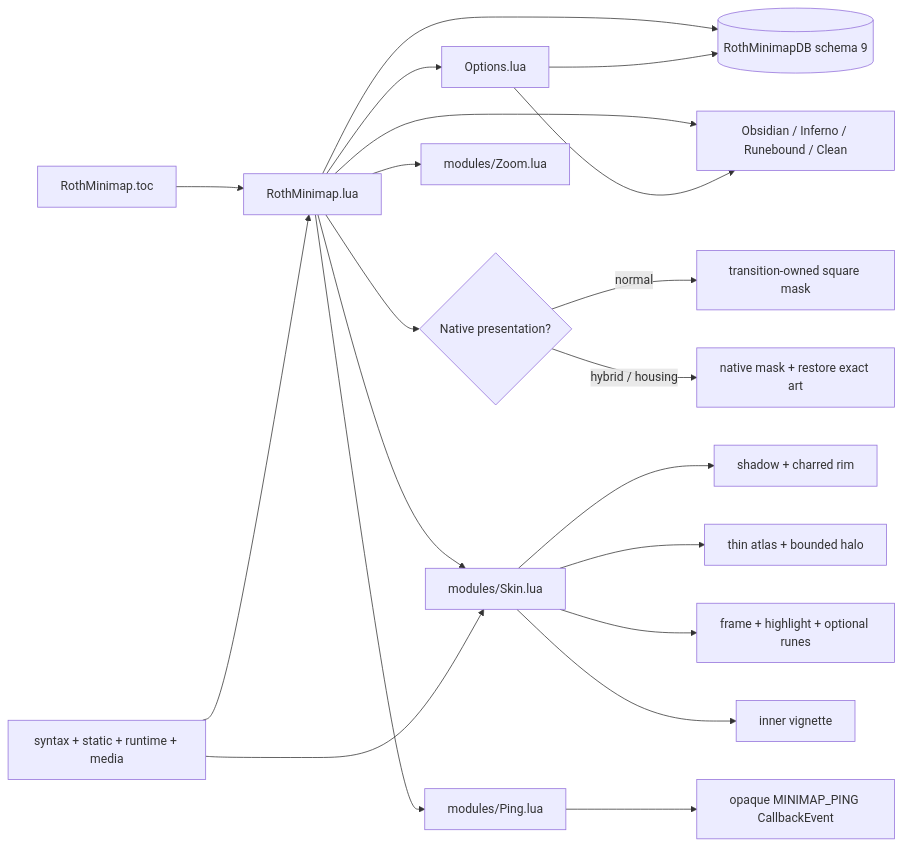
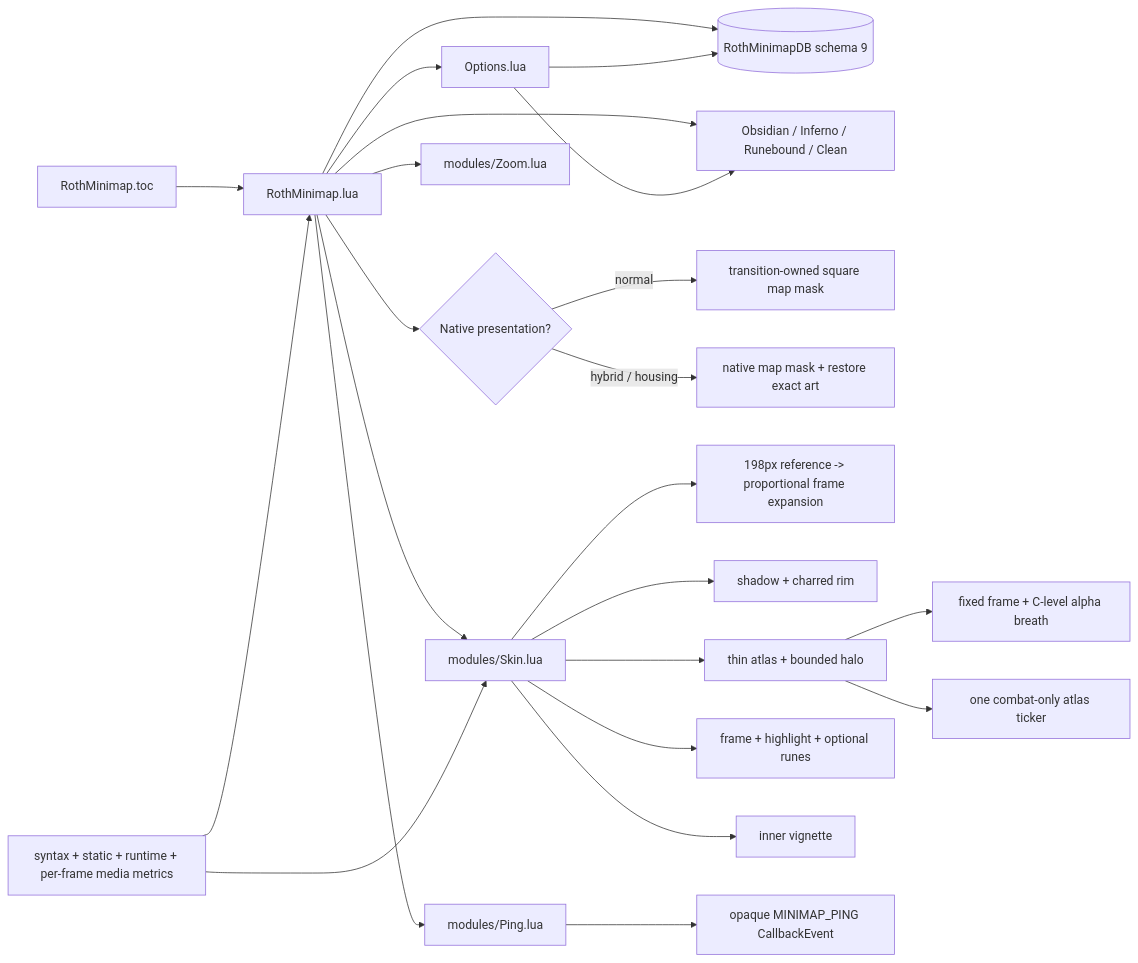
The diagram in CODE_GRAPH.md (UnknownAlienHuman/roth-minimap), drawn with Mermaid before and after one commit. The commit also changed other lines of this file and 11 other files, not shown here.

First line of the commit message:
design: refine Obsidian Ember motion and responsive geometry

````diff
--- a/CODE_GRAPH.md
+++ b/CODE_GRAPH.md
@@ -3,22 +3,25 @@
 ```mermaid
 flowchart LR
   TOC["RothMinimap.toc"] --> CORE["RothMinimap.lua"]
   CORE --> DB[("RothMinimapDB schema 9")]
   CORE --> PRESET["Obsidian / Inferno / Runebound / Clean"]
   CORE --> MODE{"Native presentation?"}
-  MODE -->|normal| MASK["transition-owned square mask"]
-  MODE -->|hybrid / housing| FALLBACK["native mask + restore exact art"]
+  MODE -->|normal| MASK["transition-owned square map mask"]
+  MODE -->|hybrid / housing| FALLBACK["native map mask + restore exact art"]
   CORE --> SKIN["modules/Skin.lua"]
+  SKIN --> GEOMETRY["198px reference -> proportional frame expansion"]
   SKIN --> DEPTH["shadow + charred rim"]
   SKIN --> EMBER["thin atlas + bounded halo"]
+  EMBER --> IDLE["fixed frame + C-level alpha breath"]
+  EMBER --> COMBAT["one combat-only atlas ticker"]
   SKIN --> FRAME["frame + highlight + optional runes"]
   SKIN --> VIGNETTE["inner vignette"]
   CORE --> PING["modules/Ping.lua"]
   PING --> CALLBACK["opaque MINIMAP_PING CallbackEvent"]
   CORE --> ZOOM["modules/Zoom.lua"]
   CORE --> OPT["Options.lua"]
   OPT --> PRESET
   OPT --> DB
-  TESTS["syntax + static + runtime + media"] --> CORE
+  TESTS["syntax + static + runtime + per-frame media metrics"] --> CORE
   TESTS --> SKIN
 ```
````
